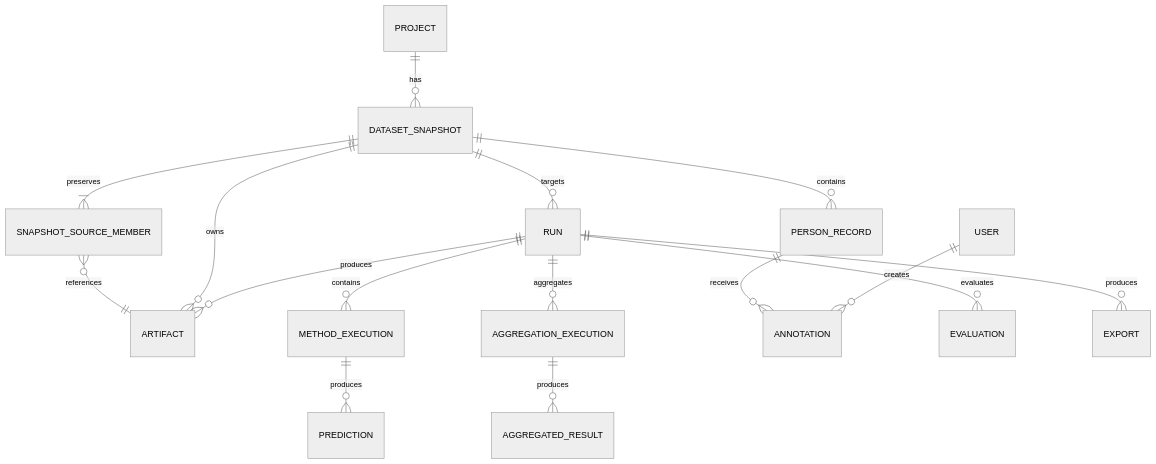
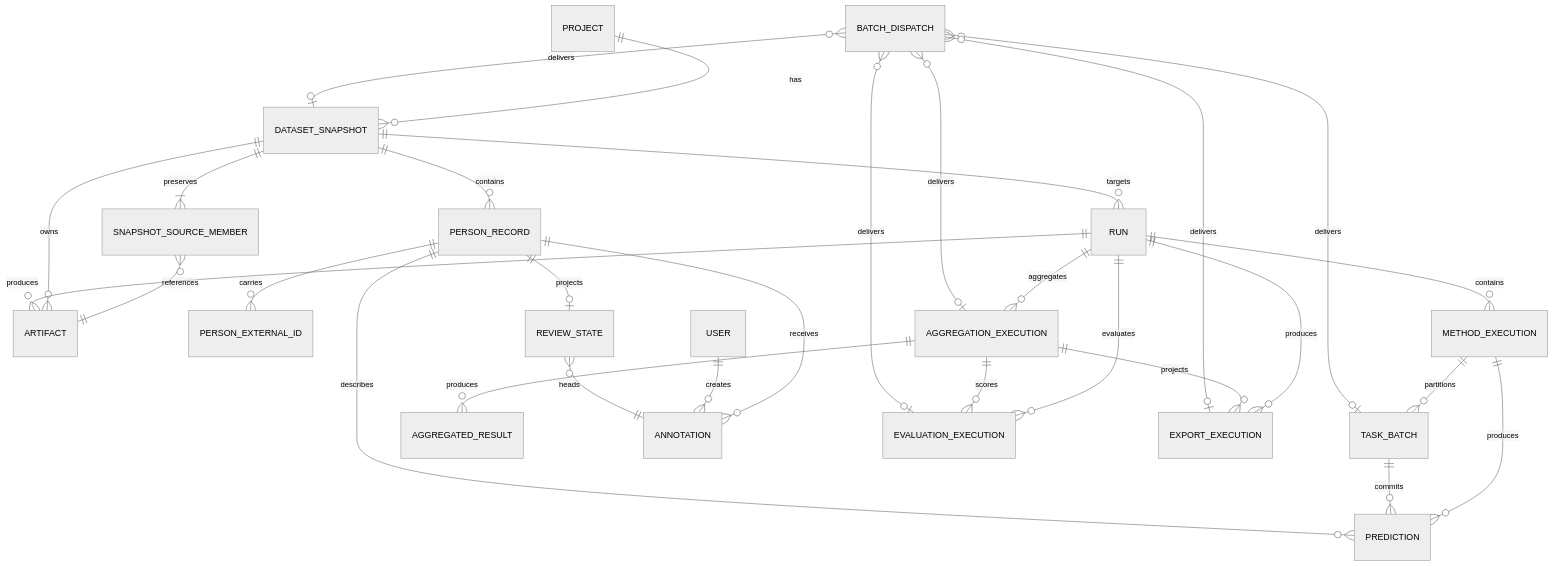
Before and after one commit to telota/gendertagger: the diagram in docs/02-domain-model.md, drawn with Mermaid (neutral theme). The commit also changed other lines of this file and 22 other files, not shown here.

````diff
--- a/docs/02-domain-model.md
+++ b/docs/02-domain-model.md
@@ -27,18 +27,31 @@
 ```mermaid
 erDiagram
     PROJECT ||--o{ DATASET_SNAPSHOT : has
     DATASET_SNAPSHOT ||--|{ SNAPSHOT_SOURCE_MEMBER : preserves
     SNAPSHOT_SOURCE_MEMBER }o--|| ARTIFACT : references
     DATASET_SNAPSHOT ||--o{ PERSON_RECORD : contains
+    PERSON_RECORD ||--o{ PERSON_EXTERNAL_ID : carries
     DATASET_SNAPSHOT ||--o{ RUN : targets
     RUN ||--o{ METHOD_EXECUTION : contains
+    METHOD_EXECUTION ||--o{ TASK_BATCH : partitions
     METHOD_EXECUTION ||--o{ PREDICTION : produces
+    TASK_BATCH ||--o{ PREDICTION : commits
+    PERSON_RECORD ||--o{ PREDICTION : describes
     RUN ||--o{ AGGREGATION_EXECUTION : aggregates
     AGGREGATION_EXECUTION ||--o{ AGGREGATED_RESULT : produces
     PERSON_RECORD ||--o{ ANNOTATION : receives
     USER ||--o{ ANNOTATION : creates
-    RUN ||--o{ EVALUATION : evaluates
-    RUN ||--o{ EXPORT : produces
+    PERSON_RECORD ||--o| REVIEW_STATE : projects
+    REVIEW_STATE }o--|| ANNOTATION : heads
+    RUN ||--o{ EVALUATION_EXECUTION : evaluates
+    AGGREGATION_EXECUTION ||--o{ EVALUATION_EXECUTION : scores
+    RUN ||--o{ EXPORT_EXECUTION : produces
+    AGGREGATION_EXECUTION ||--o{ EXPORT_EXECUTION : projects
+    BATCH_DISPATCH }o--o| TASK_BATCH : delivers
+    BATCH_DISPATCH }o--o| AGGREGATION_EXECUTION : delivers
+    BATCH_DISPATCH }o--o| DATASET_SNAPSHOT : delivers
+    BATCH_DISPATCH }o--o| EVALUATION_EXECUTION : delivers
+    BATCH_DISPATCH }o--o| EXPORT_EXECUTION : delivers
     DATASET_SNAPSHOT ||--o{ ARTIFACT : owns
     RUN ||--o{ ARTIFACT : produces
 ```
````
